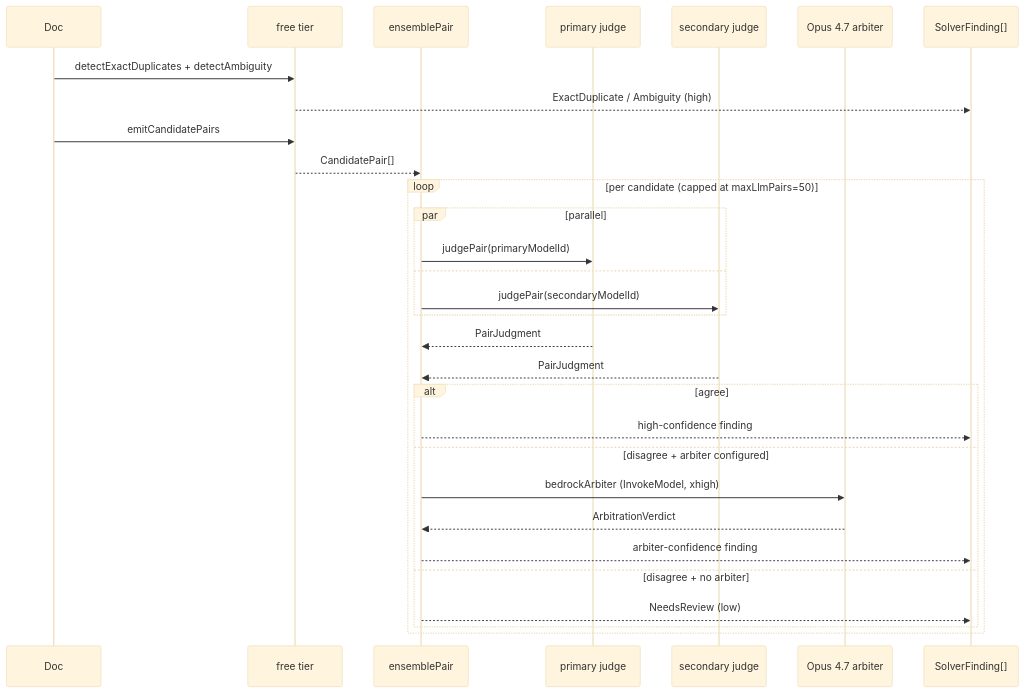
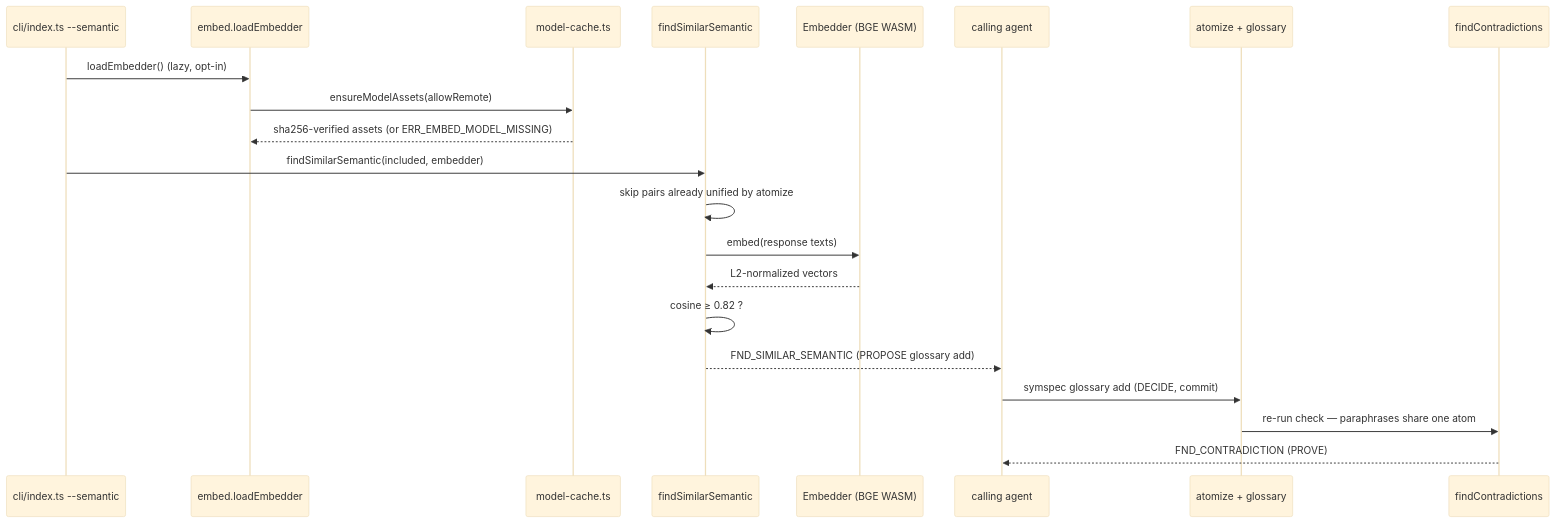
The third of 3 diagrams in docs/architecture/data-flow.md (theagenticguy/symspec), drawn with Mermaid (base theme) before and after one commit. The commit also changed other lines of this file and 20 other files, not shown here.

First line of the commit message:
docs: regenerate codebase doc tree + refresh README for the semantic tier

````diff
--- a/docs/architecture/data-flow.md
+++ b/docs/architecture/data-flow.md
@@ -72,33 +75,23 @@
 ```mermaid
 sequenceDiagram
-    participant Doc as Doc
-    participant Free as free tier
-    participant Pair as ensemblePair
-    participant J1 as primary judge
-    participant J2 as secondary judge
-    participant Arb as Opus 4.7 arbiter
-    participant Out as SolverFinding[]
-
-    Doc->>Free: detectExactDuplicates + detectAmbiguity
-    Free-->>Out: ExactDuplicate / Ambiguity (high)
-    Doc->>Free: emitCandidatePairs
-    Free-->>Pair: CandidatePair[]
-    loop per candidate (capped at maxLlmPairs=50)
-        par parallel
-            Pair->>J1: judgePair(primaryModelId)
-        and
-            Pair->>J2: judgePair(secondaryModelId)
-        end
-        J1-->>Pair: PairJudgment
-        J2-->>Pair: PairJudgment
-        alt agree
-            Pair-->>Out: high-confidence finding
-        else disagree + arbiter configured
-            Pair->>Arb: bedrockArbiter (InvokeModel, xhigh)
-            Arb-->>Pair: ArbitrationVerdict
-            Pair-->>Out: arbiter-confidence finding
-        else disagree + no arbiter
-            Pair-->>Out: NeedsReview (low)
-        end
-    end
+    participant CLI as cli/index.ts --semantic
+    participant Load as embed.loadEmbedder
+    participant Cache as model-cache.ts
+    participant Sem as findSimilarSemantic
+    participant Emb as Embedder (BGE WASM)
+    participant Agent as calling agent
+    participant Atom as atomize + glossary
+    participant SMT as findContradictions
+    CLI->>Load: loadEmbedder() (lazy, opt-in)
+    Load->>Cache: ensureModelAssets(allowRemote)
+    Cache-->>Load: sha256-verified assets (or ERR_EMBED_MODEL_MISSING)
+    CLI->>Sem: findSimilarSemantic(included, embedder)
+    Sem->>Sem: skip pairs already unified by atomize
+    Sem->>Emb: embed(response texts)
+    Emb-->>Sem: L2-normalized vectors
+    Sem->>Sem: cosine ≥ 0.82 ?
+    Sem-->>Agent: FND_SIMILAR_SEMANTIC (PROPOSE glossary add)
+    Agent->>Atom: symspec glossary add (DECIDE, commit)
+    Atom->>SMT: re-run check — paraphrases share one atom
+    SMT-->>Agent: FND_CONTRADICTION (PROVE)
 ```
````
